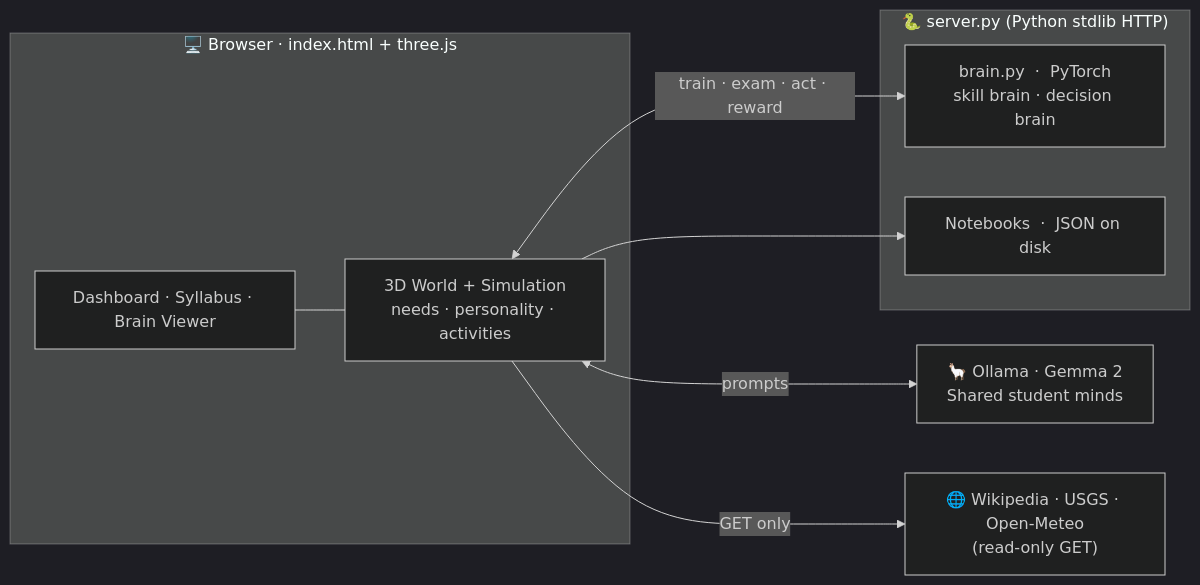
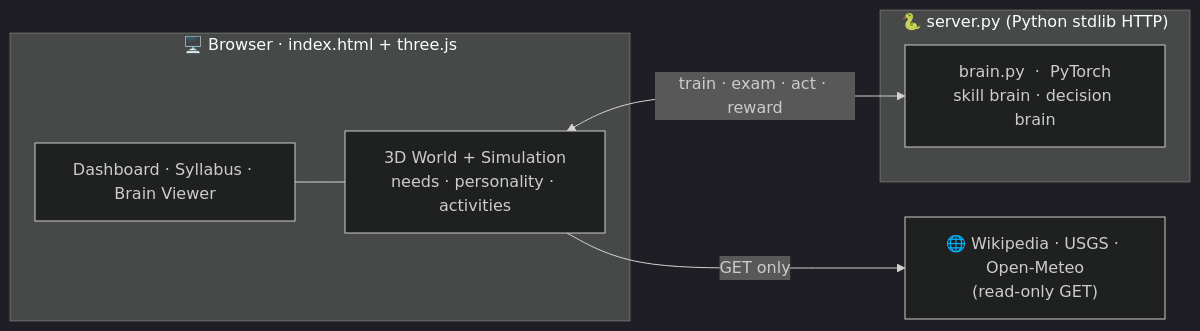
Before and after one commit to andrewsavio/AI-World: the diagram in README.md, drawn with Mermaid (dark theme). The commit also changed other lines of this file and 11 other files, not shown here.

First line of the commit message:
Remove Gemma and Ollama from the project

````diff
--- a/README.md
+++ b/README.md
@@ -89,19 +87,15 @@
 ```mermaid
 flowchart LR
     subgraph Browser["🖥️ Browser  ·  index.html + three.js"]
         W["3D World + Simulation<br/>needs · personality · activities"]
         UI["Dashboard · Syllabus · Brain Viewer"]
     end
     subgraph Server["🐍 server.py  (Python stdlib HTTP)"]
         B["brain.py  ·  PyTorch<br/>skill brain · decision brain"]
-        N["Notebooks  ·  JSON on disk"]
     end
-    O["🦙 Ollama · Gemma 2<br/>Shared student minds"]
     I["🌐 Wikipedia · USGS · Open-Meteo<br/>(read-only GET)"]
 
     W <-->|"train · exam · act · reward"| B
-    W --> N
-    W <-->|"prompts"| O
     W -->|"GET only"| I
     UI --- W
 ```
````
